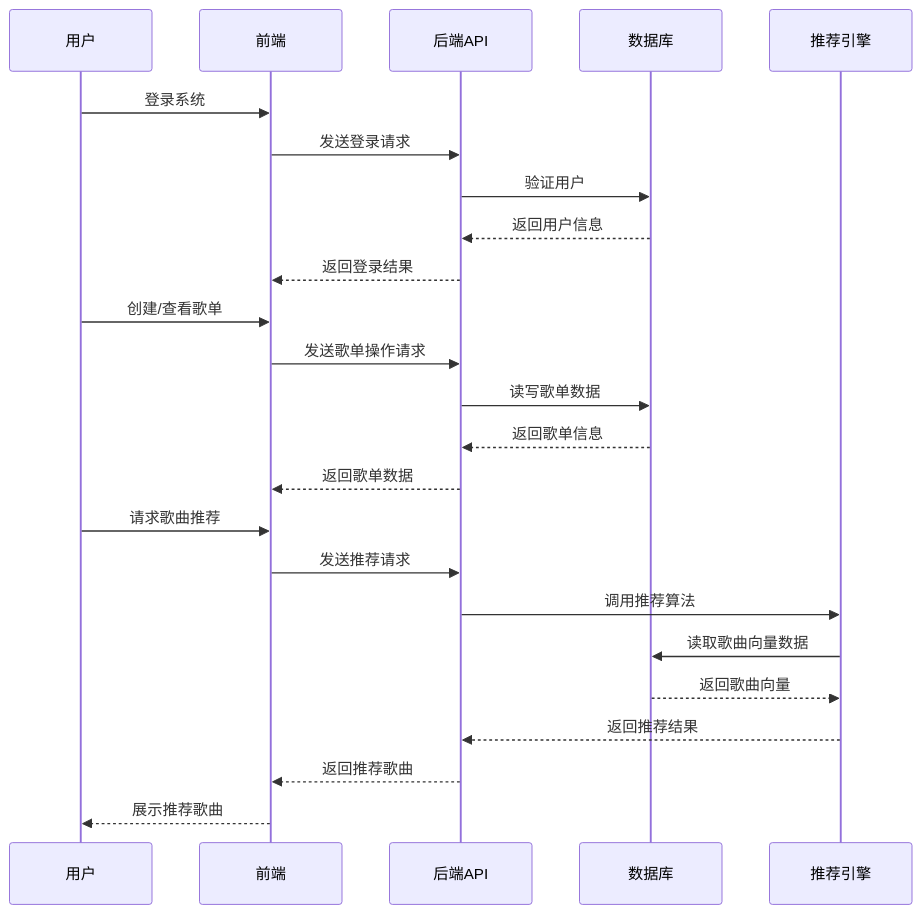
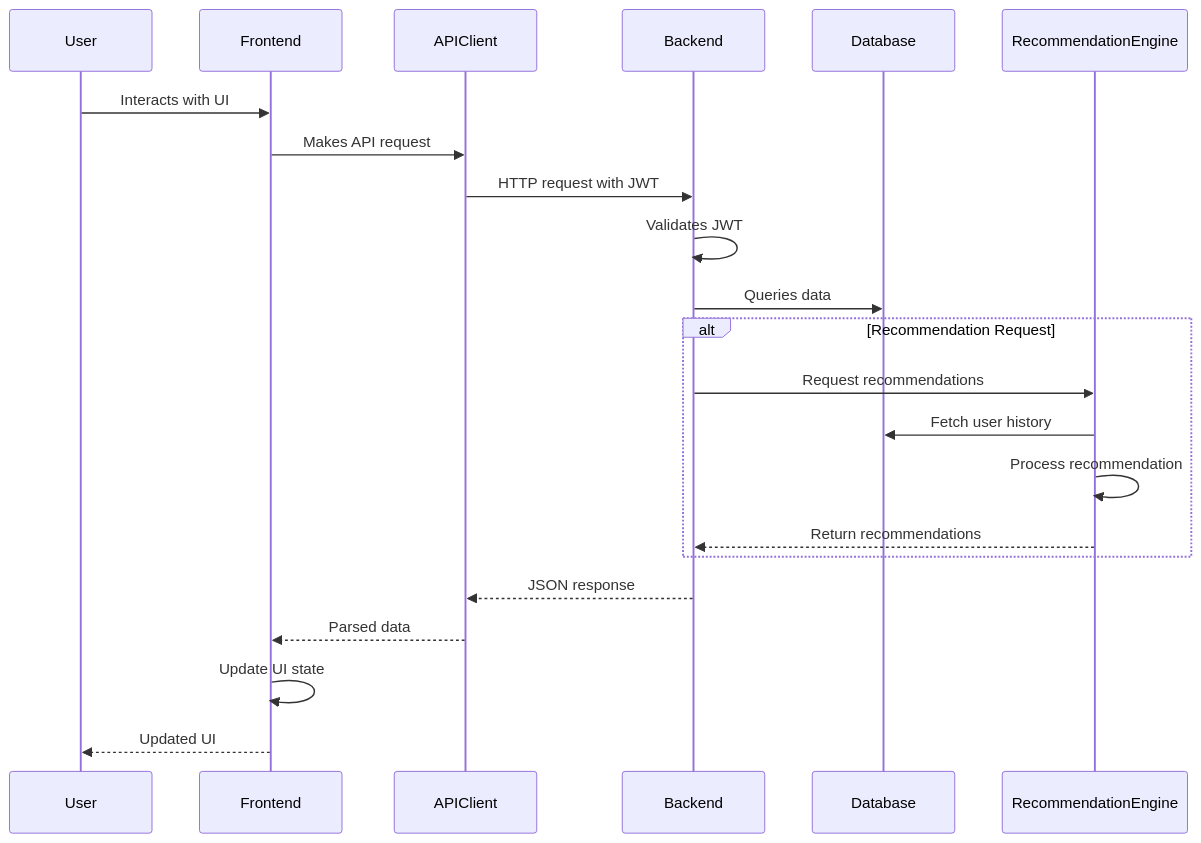
Before and after one commit to SOV710/RhythmFusion: the eighth of 10 diagrams in docs/architecture.md, drawn with Mermaid. The commit also changed other lines of this file and 5 other files, not shown here.

````diff
--- a/docs/architecture.md
+++ b/docs/architecture.md
@@ -96,30 +238,27 @@
 ```mermaid
 sequenceDiagram
-    participant User as 用户
-    participant FE as 前端
-    participant BE as 后端API
-    participant DB as 数据库
-    participant RE as 推荐引擎
-
-    User->>FE: 登录系统
-    FE->>BE: 发送登录请求
-    BE->>DB: 验证用户
-    DB-->>BE: 返回用户信息
-    BE-->>FE: 返回登录结果
-
-    User->>FE: 创建/查看歌单
-    FE->>BE: 发送歌单操作请求
-    BE->>DB: 读写歌单数据
-    DB-->>BE: 返回歌单信息
-    BE-->>FE: 返回歌单数据
-
-    User->>FE: 请求歌曲推荐
-    FE->>BE: 发送推荐请求
-    BE->>RE: 调用推荐算法
-    RE->>DB: 读取歌曲向量数据
-    DB-->>RE: 返回歌曲向量
-    RE-->>BE: 返回推荐结果
-    BE-->>FE: 返回推荐歌曲
-    FE-->>User: 展示推荐歌曲
-
+    participant User
+    participant Frontend
+    participant APIClient
+    participant Backend
+    participant Database
+    participant RecommendationEngine
+  
+    User->>Frontend: Interacts with UI
+    Frontend->>APIClient: Makes API request
+    APIClient->>Backend: HTTP request with JWT
+    Backend->>Backend: Validates JWT
+    Backend->>Database: Queries data
+  
+    alt Recommendation Request
+        Backend->>RecommendationEngine: Request recommendations
+        RecommendationEngine->>Database: Fetch user history
+        RecommendationEngine->>RecommendationEngine: Process recommendation
+        RecommendationEngine-->>Backend: Return recommendations
+    end
+  
+    Backend-->>APIClient: JSON response
+    APIClient-->>Frontend: Parsed data
+    Frontend->>Frontend: Update UI state
+    Frontend-->>User: Updated UI
 ```
````
